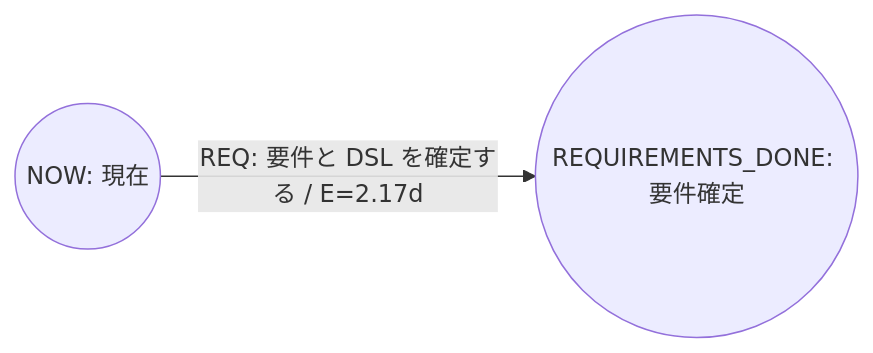
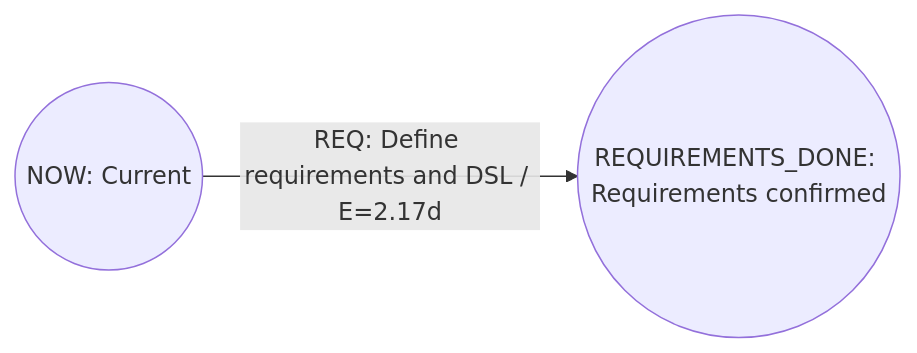
The first of 2 diagrams in docs/requirements.md (mako10k/perttool), drawn with Mermaid before and after one commit. The commit also changed other lines of this file and 32 other files, not shown here.

````diff
--- a/docs/requirements.md
+++ b/docs/requirements.md
@@ -734,6 +734,6 @@
 ```mermaid
 flowchart LR
-  ptm_NOW(("NOW: 現在"))
-  ptm_REQUIREMENTS_DONE(("REQUIREMENTS_DONE: 要件確定"))
-  ptm_NOW -->|"REQ: 要件と DSL を確定する / E=2.17d"| ptm_REQUIREMENTS_DONE
+  ptm_NOW(("NOW: Current"))
+  ptm_REQUIREMENTS_DONE(("REQUIREMENTS_DONE: Requirements confirmed"))
+  ptm_NOW -->|"REQ: Define requirements and DSL / E=2.17d"| ptm_REQUIREMENTS_DONE
 ```
````
